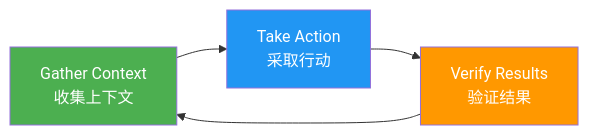
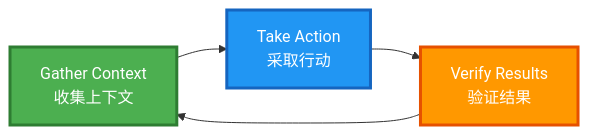
Before and after one commit to eliduty/slide: the diagram in presentations/ai-coding/slides/agent/04-loop.md, drawn with Mermaid. The commit also changed other lines of this file and 13 other files, not shown here.

````diff
--- a/presentations/ai-coding/slides/agent/04-loop.md
+++ b/presentations/ai-coding/slides/agent/04-loop.md
@@ -5,10 +7,10 @@
-```mermaid {scale: 0.85}
+```mermaid
 graph LR
     A[Gather Context<br/>收集上下文] --> B[Take Action<br/>采取行动]
     B --> C[Verify Results<br/>验证结果]
     C --> A
 
-    style A fill:#4caf50,color:#fff
-    style B fill:#2196f3,color:#fff
-    style C fill:#ff9800,color:#fff
+    style A fill:#4caf50,stroke:#2e7d32,stroke-width:3px,color:#fff
+    style B fill:#2196f3,stroke:#1565c0,stroke-width:3px,color:#fff
+    style C fill:#ff9800,stroke:#e65100,stroke-width:3px,color:#fff
 ```
````
